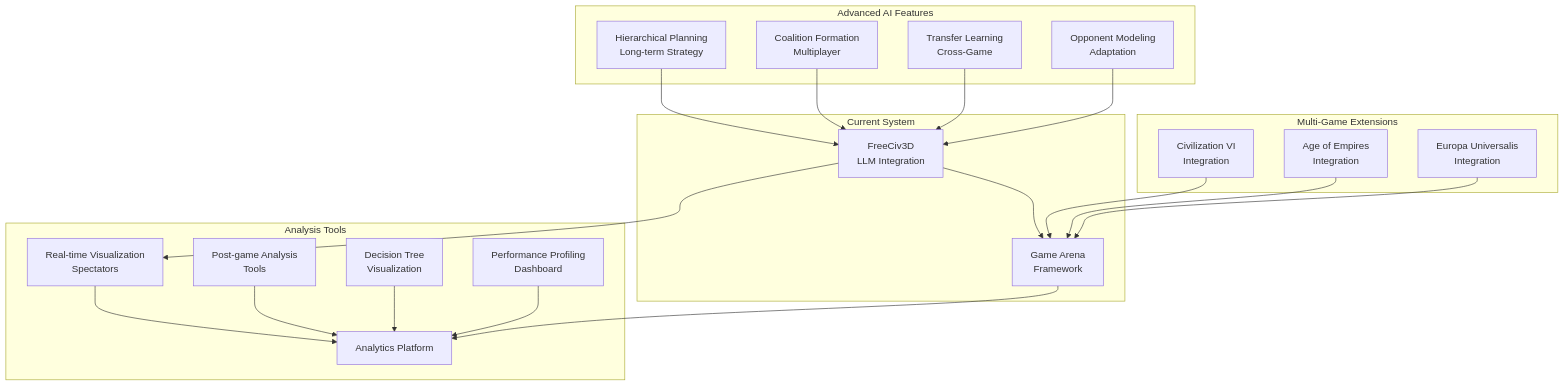
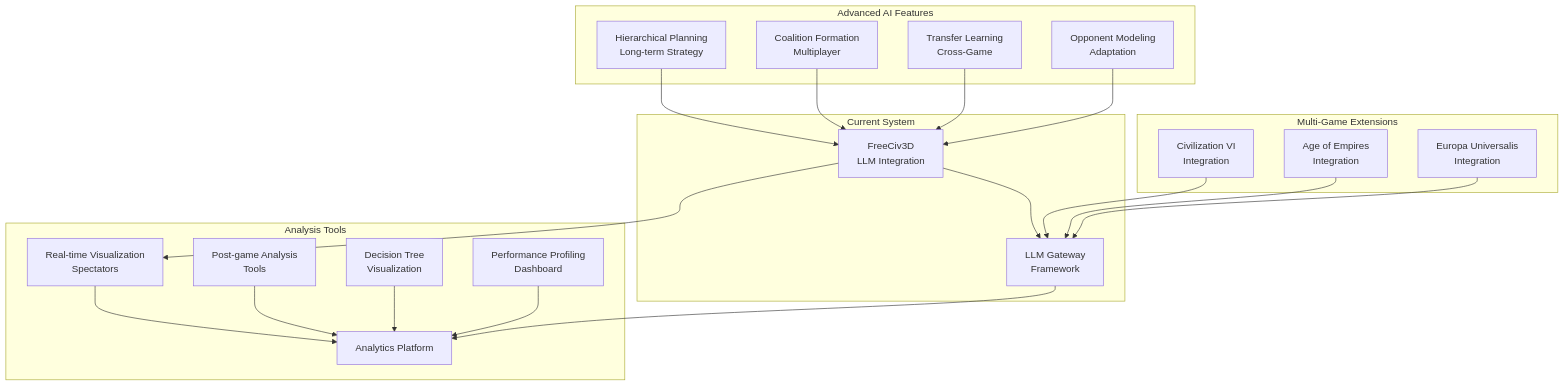
Before and after one commit to taso-labs/freeciv3d: diagram 14 of 14 in Technical_Spec.md, drawn with Mermaid. The commit also changed other lines of this file and 44 other files, not shown here.

````diff
--- a/Technical_Spec.md
+++ b/Technical_Spec.md
@@ -917,30 +917,30 @@
 ```mermaid
 graph TB
     subgraph "Current System"
-        A[FreeCiv3D<br/>LLM Integration] --> B[Game Arena<br/>Framework]
+        A[FreeCiv3D<br/>LLM Integration] --> B[LLM Gateway<br/>Framework]
     end
 
     subgraph "Multi-Game Extensions"
         C[Civilization VI<br/>Integration] --> B
         D[Age of Empires<br/>Integration] --> B
         E[Europa Universalis<br/>Integration] --> B
     end
 
     subgraph "Advanced AI Features"
         F[Hierarchical Planning<br/>Long-term Strategy] --> A
         G[Coalition Formation<br/>Multiplayer] --> A
         H[Transfer Learning<br/>Cross-Game] --> A
         I[Opponent Modeling<br/>Adaptation] --> A
     end
 
     subgraph "Analysis Tools"
         J[Real-time Visualization<br/>Spectators] --> K[Analytics Platform]
         L[Post-game Analysis<br/>Tools] --> K
         M[Decision Tree<br/>Visualization] --> K
         N[Performance Profiling<br/>Dashboard] --> K
     end
 
     A --> J
     B --> K
 
 ```
````
